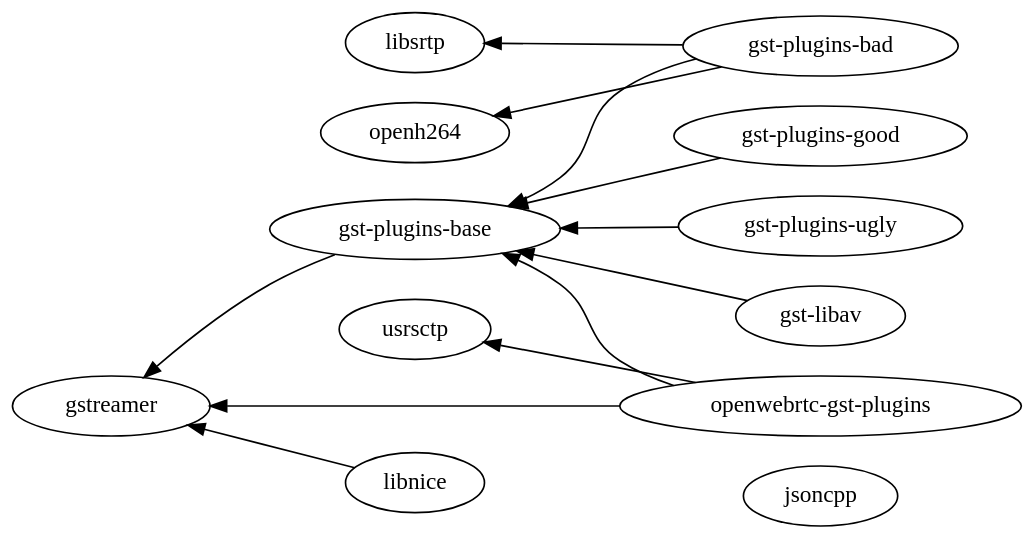
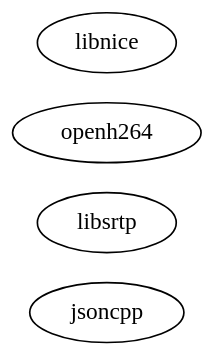
One commit to Kurento/kurento changed the diagram in source/images/graphs/dependencies-forks.dot. Above: the diagram before and after it, drawn with Graphviz. The commit also changed 8 other files, not shown here.

```diff
--- a/source/images/graphs/dependencies-forks.dot
+++ b/source/images/graphs/dependencies-forks.dot
@@ -1,22 +1,14 @@
 digraph dependencies_forks {
   bgcolor = "transparent";
   fontname = "Bitstream Vera Sans";
   fontsize = 8;
   size = "12,8";
 
   rankdir = "RL";
 
   // Kurento external libraries
   "jsoncpp";
   "libsrtp";
   "openh264";
-  "usrsctp";
-  "gstreamer";
-  "gst-plugins-base" -> "gstreamer";
-  "gst-plugins-good" -> "gst-plugins-base";
-  "gst-plugins-bad" -> {"gst-plugins-base" "libsrtp" "openh264"};
-  "gst-plugins-ugly" -> "gst-plugins-base";
-  "gst-libav" -> "gst-plugins-base";
-  "openwebrtc-gst-plugins" -> {"gstreamer" "gst-plugins-base" "usrsctp"};
-  "libnice" -> "gstreamer";
+  "libnice";
 }
```
